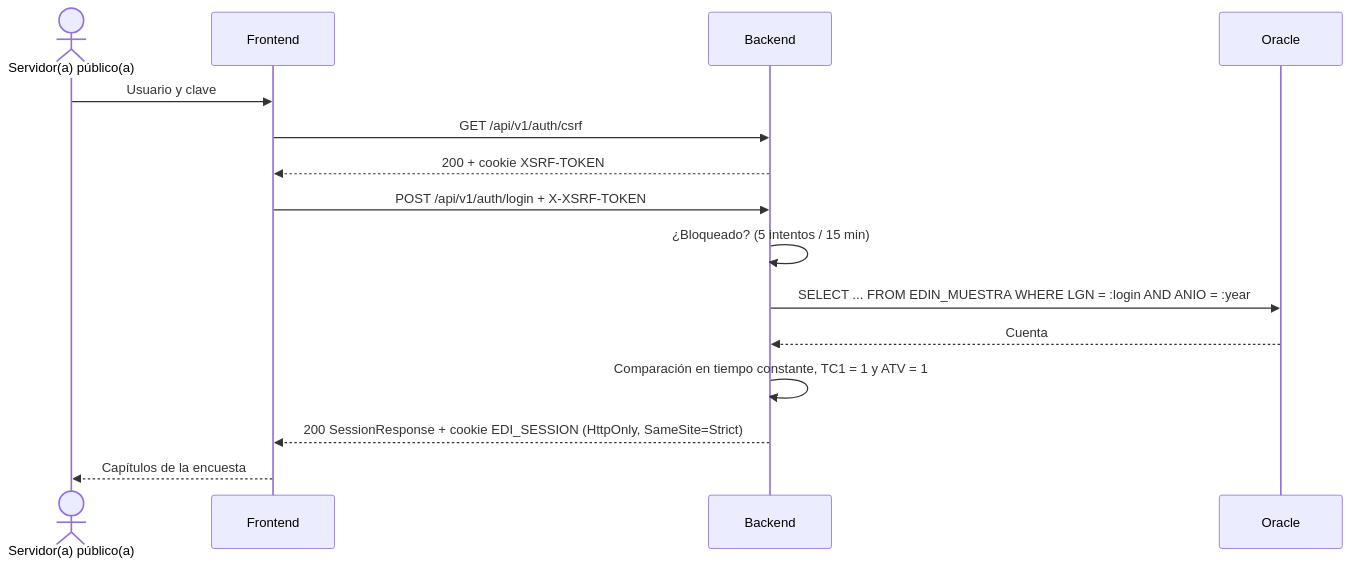
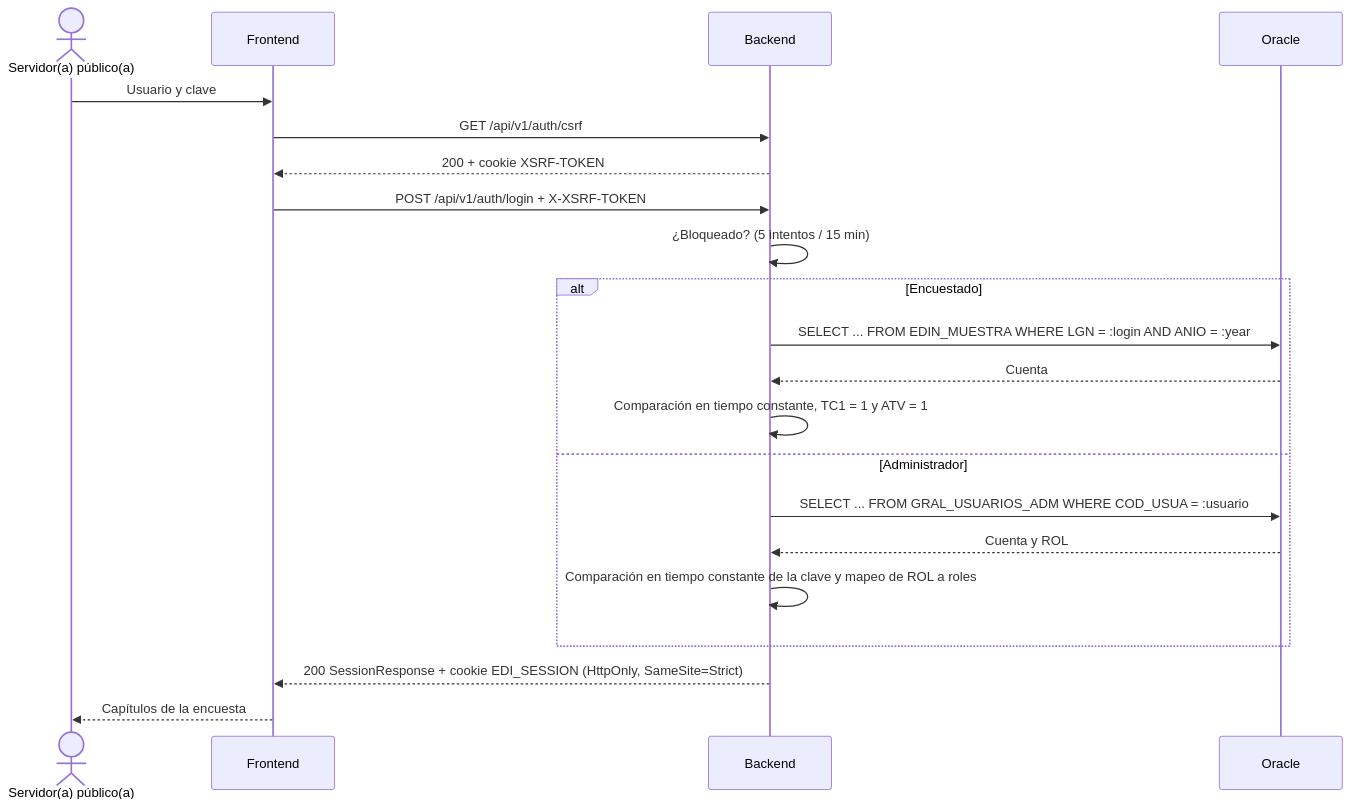
The diagram in docs/diagramas/secuencia-inicio-sesion.md (xiliosd/EDIS), drawn with Mermaid before and after one commit. The commit also changed 4 other files, not shown here.

Commit message:
docs: corregir ejecución local, documentar decisiones y ajustar diagramas

````diff
--- a/docs/diagramas/secuencia-inicio-sesion.md
+++ b/docs/diagramas/secuencia-inicio-sesion.md
@@ -3,17 +3,23 @@
 ```mermaid
 sequenceDiagram
   actor U as Servidor(a) público(a)
   participant F as Frontend
   participant B as Backend
   participant O as Oracle
   U->>F: Usuario y clave
   F->>B: GET /api/v1/auth/csrf
   B-->>F: 200 + cookie XSRF-TOKEN
   F->>B: POST /api/v1/auth/login + X-XSRF-TOKEN
   B->>B: ¿Bloqueado? (5 intentos / 15 min)
-  B->>O: SELECT ... FROM EDIN_MUESTRA WHERE LGN = :login AND ANIO = :year
-  O-->>B: Cuenta
-  B->>B: Comparación en tiempo constante, TC1 = 1 y ATV = 1
+  alt Encuestado
+    B->>O: SELECT ... FROM EDIN_MUESTRA WHERE LGN = :login AND ANIO = :year
+    O-->>B: Cuenta
+    B->>B: Comparación en tiempo constante, TC1 = 1 y ATV = 1
+  else Administrador
+    B->>O: SELECT ... FROM GRAL_USUARIOS_ADM WHERE COD_USUA = :usuario
+    O-->>B: Cuenta y ROL
+    B->>B: Comparación en tiempo constante de la clave y mapeo de ROL a roles
+  end
   B-->>F: 200 SessionResponse + cookie EDI_SESSION (HttpOnly, SameSite=Strict)
   F-->>U: Capítulos de la encuesta
 ```
````
